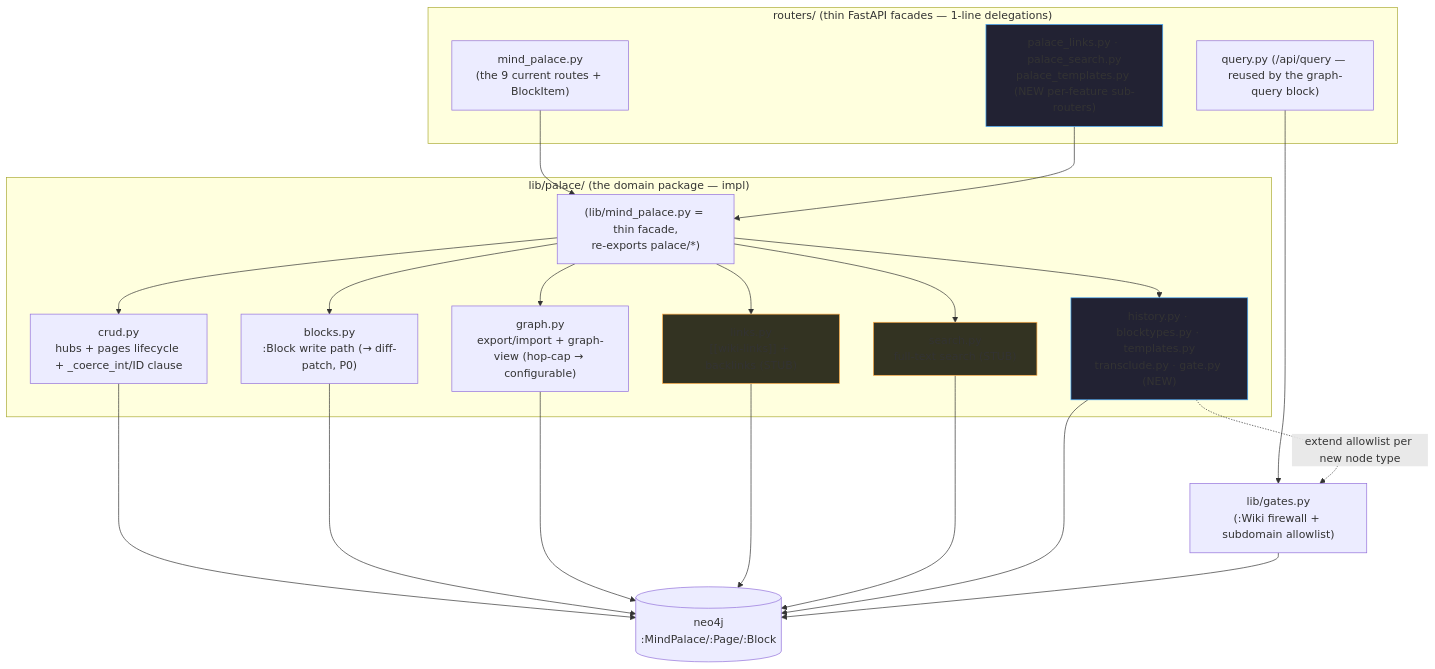
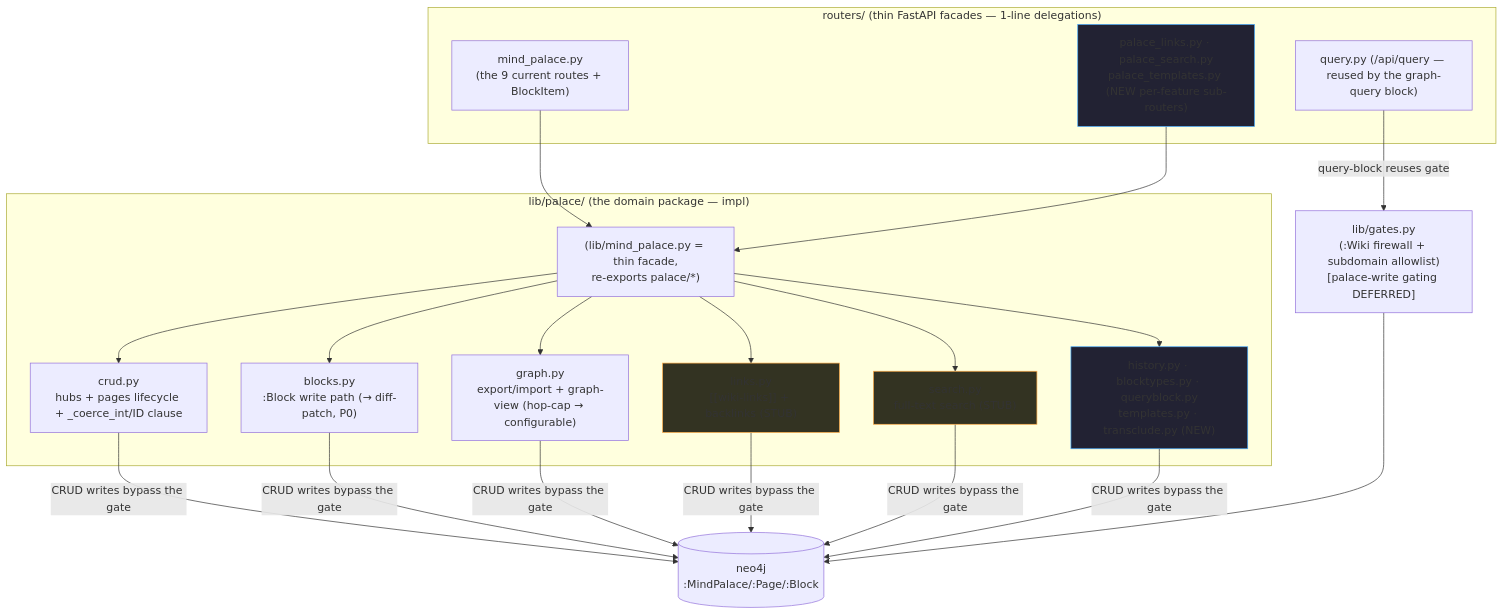
One commit to sancovp/cyberneticircus changed the diagram in MINDPALACE-IMPROVEMENTS.md. Above: the diagram before and after it, drawn with Mermaid. The commit also changed other lines of this file, not shown here.

First line of the commit message:
Mind Palace spec v3: drop deferred write-gate (Isaac CRUD-only); repartition to 8 graph/editor agents; give graph-query block its own module

````diff
--- a/MINDPALACE-IMPROVEMENTS.md
+++ b/MINDPALACE-IMPROVEMENTS.md
@@ -34,32 +40,31 @@
 ```mermaid
 flowchart TB
     subgraph routers["routers/ (thin FastAPI facades — 1-line delegations)"]
         RMP["mind_palace.py<br/>(the 9 current routes + BlockItem)"]
         RNEW["palace_links.py · palace_search.py<br/>palace_templates.py (NEW per-feature sub-routers)"]
         RQ["query.py (/api/query — reused by the graph-query block)"]
     end
     subgraph libpalace["lib/palace/ (the domain package — impl)"]
         FAC["(lib/mind_palace.py = thin facade,<br/>re-exports palace/*)"]
         CRUD["crud.py<br/>hubs + pages lifecycle + _coerce_int/ID clause"]
         BLK["blocks.py<br/>:Block write path (→ diff-patch, P0)"]
         GR["graph.py<br/>export/import + graph-view (hop-cap → configurable)"]
         LNK["links.py<br/>[[wiki-links]] + backlinks (STUB)"]
         SRCH["search.py<br/>full-text search (STUB)"]
-        NEW["history.py · blocktypes.py · templates.py<br/>transclude.py · gate.py (NEW)"]
+        NEW["history.py · blocktypes.py · queryblock.py<br/>templates.py · transclude.py (NEW)"]
     end
-    GATE["lib/gates.py<br/>(:Wiki firewall + subdomain allowlist)"]
+    GATE["lib/gates.py<br/>(:Wiki firewall + subdomain allowlist)<br/>[palace-write gating DEFERRED]"]
     Graph[("neo4j<br/>:MindPalace/:Page/:Block")]
 
     RMP --> FAC
     RNEW --> FAC
-    RQ --> GATE
+    RQ -->|query-block reuses gate| GATE
     FAC --> CRUD & BLK & GR & LNK & SRCH & NEW
-    NEW -.->|extend allowlist per new node type| GATE
-    CRUD & BLK & GR & LNK & SRCH & NEW --> Graph
+    CRUD & BLK & GR & LNK & SRCH & NEW -->|CRUD writes bypass the gate| Graph
     GATE --> Graph
 
     classDef stub fill:#332,stroke:#fa4;
     classDef new fill:#223,stroke:#4af;
     class LNK,SRCH stub
     class NEW,RNEW new
 ```
````
